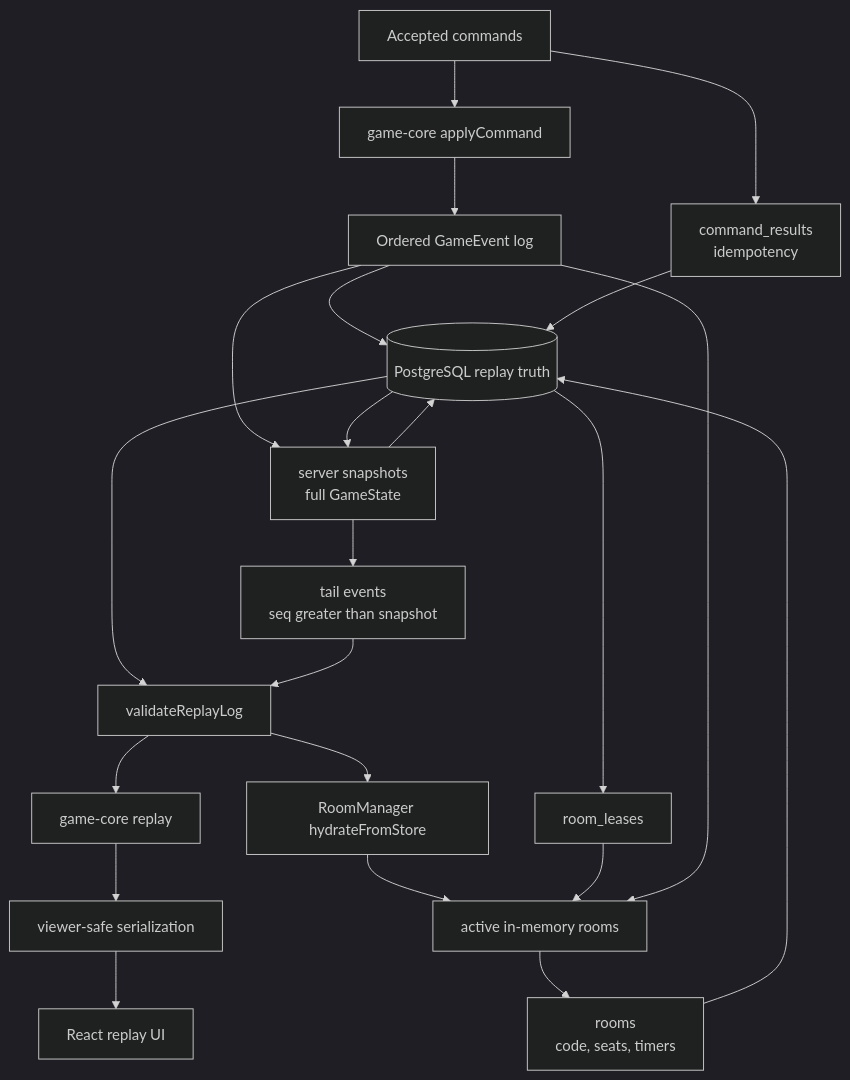
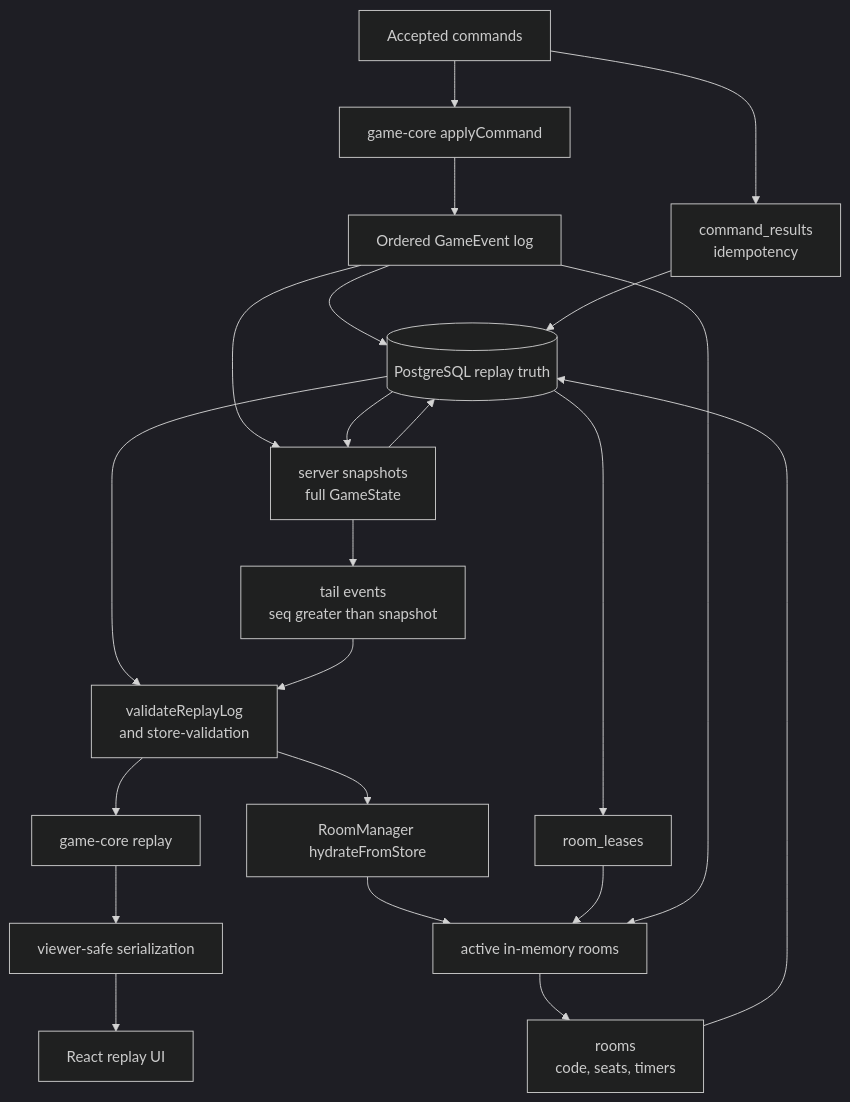
The eighth of 10 diagrams in docs/architecture.md (sahnsookyung/colonizt), drawn with Mermaid (dark theme) before and after one commit. The commit also changed other lines of this file and 16 other files, not shown here.

````diff
--- a/docs/architecture.md
+++ b/docs/architecture.md
@@ -370,28 +377,28 @@
 ```mermaid
 flowchart TB
   accepted["Accepted commands"]
   reducer["game-core applyCommand"]
   events["Ordered GameEvent log"]
   commandResults["command_results<br/>idempotency"]
   roomRows["rooms<br/>code, seats, timers"]
   snapshots["server snapshots<br/>full GameState"]
-  validator["validateReplayLog"]
+  validator["validateReplayLog<br/>and store-validation"]
   tail["tail events<br/>seq greater than snapshot"]
   replay["game-core replay"]
   viewer["viewer-safe serialization"]
   replayUi["React replay UI"]
   hydrate["RoomManager hydrateFromStore"]
   activeRooms["active in-memory rooms"]
   leases["room_leases"]
   postgres[("PostgreSQL replay truth")]
 
   accepted --> reducer --> events --> postgres
   accepted --> commandResults --> postgres
   activeRooms --> roomRows --> postgres
   events --> snapshots --> postgres
   postgres --> validator --> replay --> viewer --> replayUi
   postgres --> snapshots --> tail --> validator
   validator --> hydrate --> activeRooms
   postgres --> leases --> activeRooms
   events --> activeRooms
 ```
````
